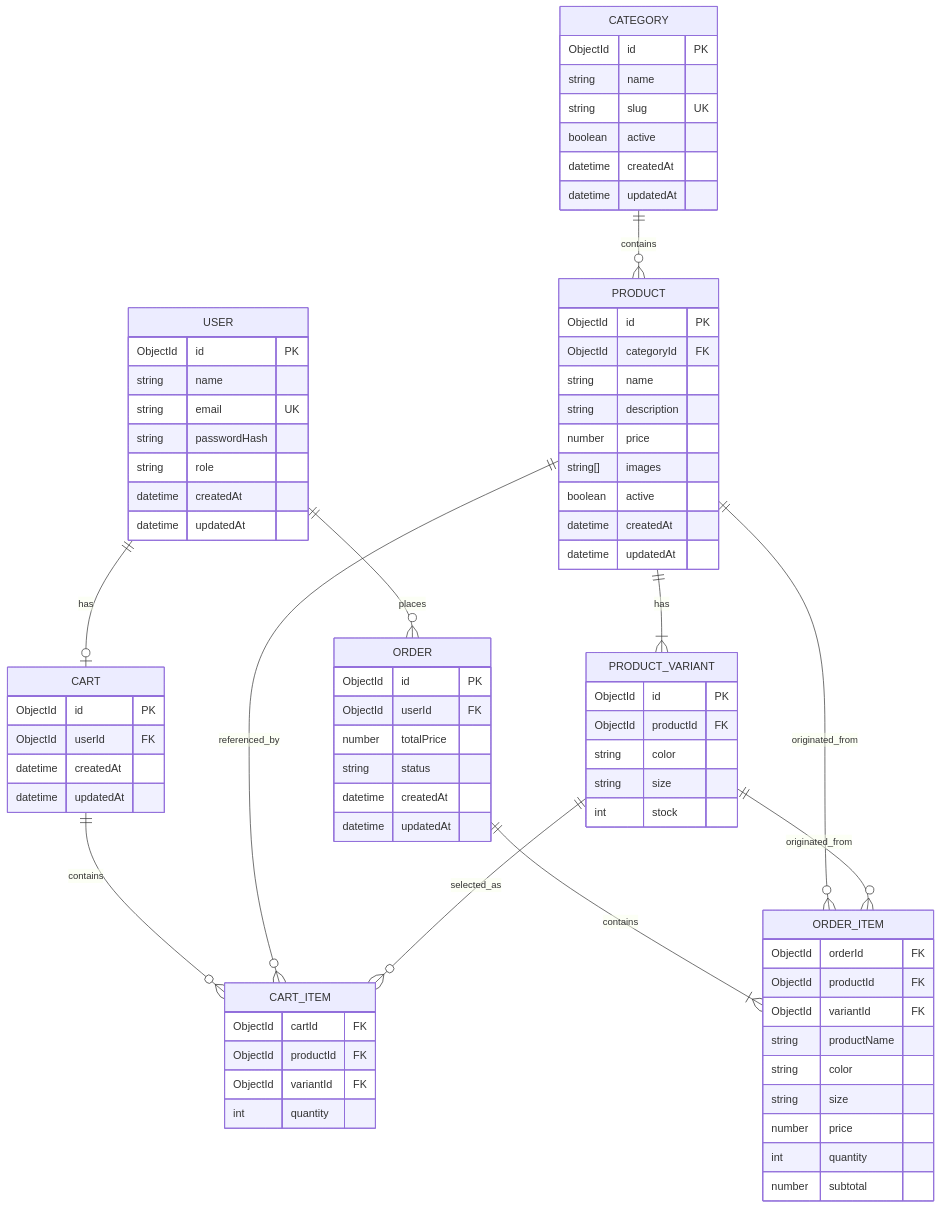
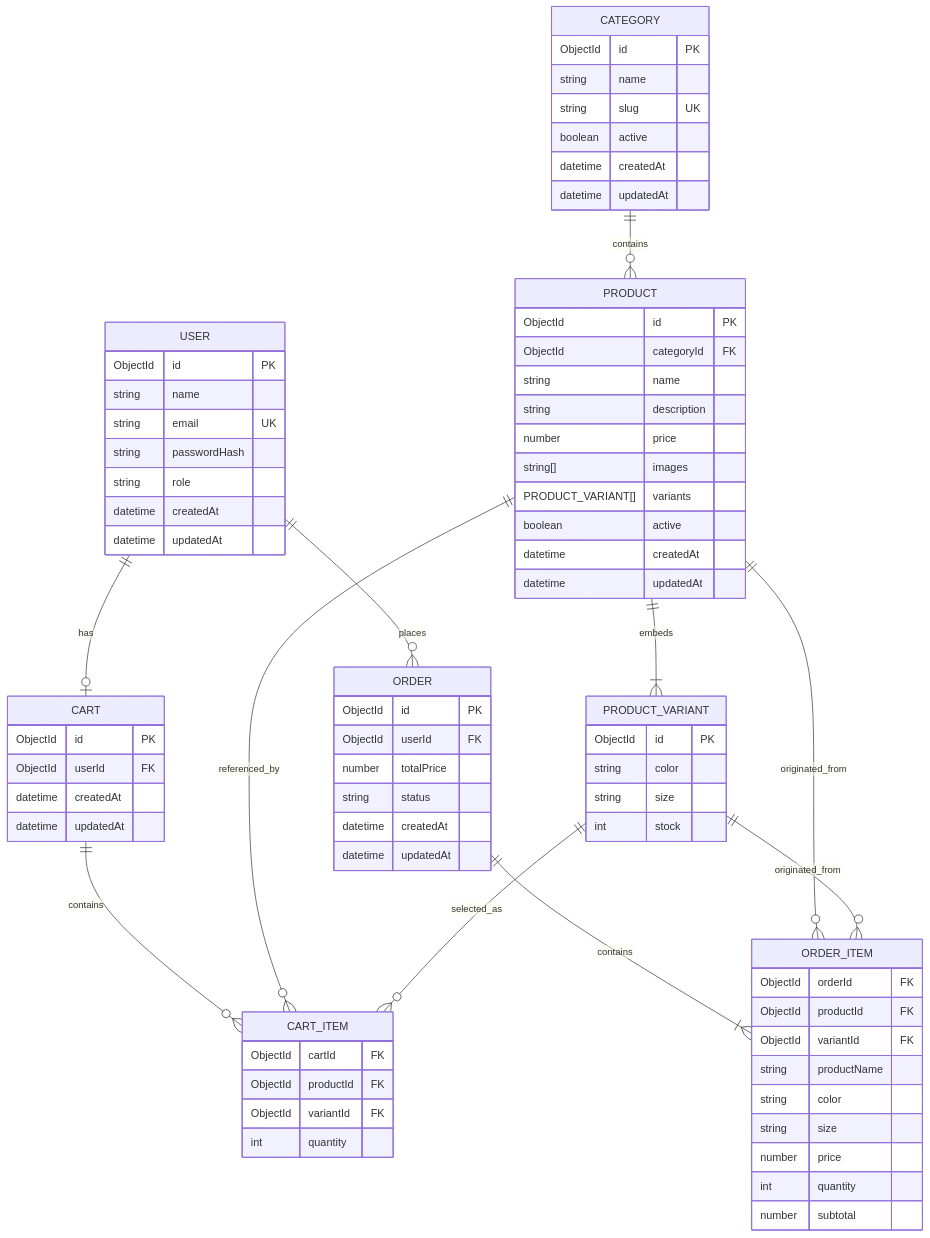
One commit to P-Aek/Clothing_Store changed the diagram in backend/erd.md. Above: the diagram before and after it, drawn with Mermaid. The commit also changed 11 other files, not shown here.

```diff
--- a/backend/erd.md
+++ b/backend/erd.md
@@ -3,7 +3,7 @@
     USER ||--o| CART : has
     USER ||--o{ ORDER : places
     CATEGORY ||--o{ PRODUCT : contains
-    PRODUCT ||--|{ PRODUCT_VARIANT : has
+    PRODUCT ||--|{ PRODUCT_VARIANT : embeds
     CART ||--o{ CART_ITEM : contains
     PRODUCT ||--o{ CART_ITEM : referenced_by
     PRODUCT_VARIANT ||--o{ CART_ITEM : selected_as
@@ -37,6 +37,7 @@
         string description
         number price
         string[] images
+        PRODUCT_VARIANT[] variants
         boolean active
         datetime createdAt
         datetime updatedAt
@@ -44,7 +45,6 @@
 
     PRODUCT_VARIANT {
         ObjectId id PK
-        ObjectId productId FK
         string color
         string size
         int stock
```
